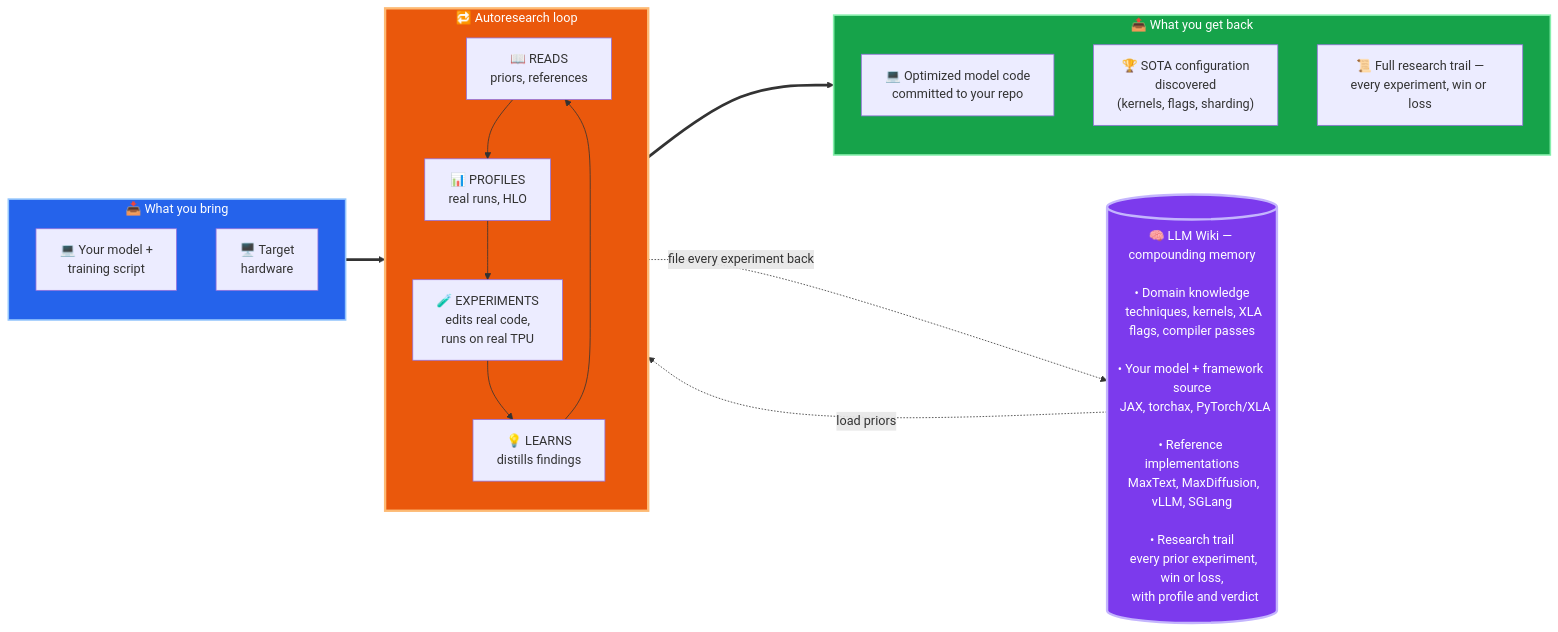
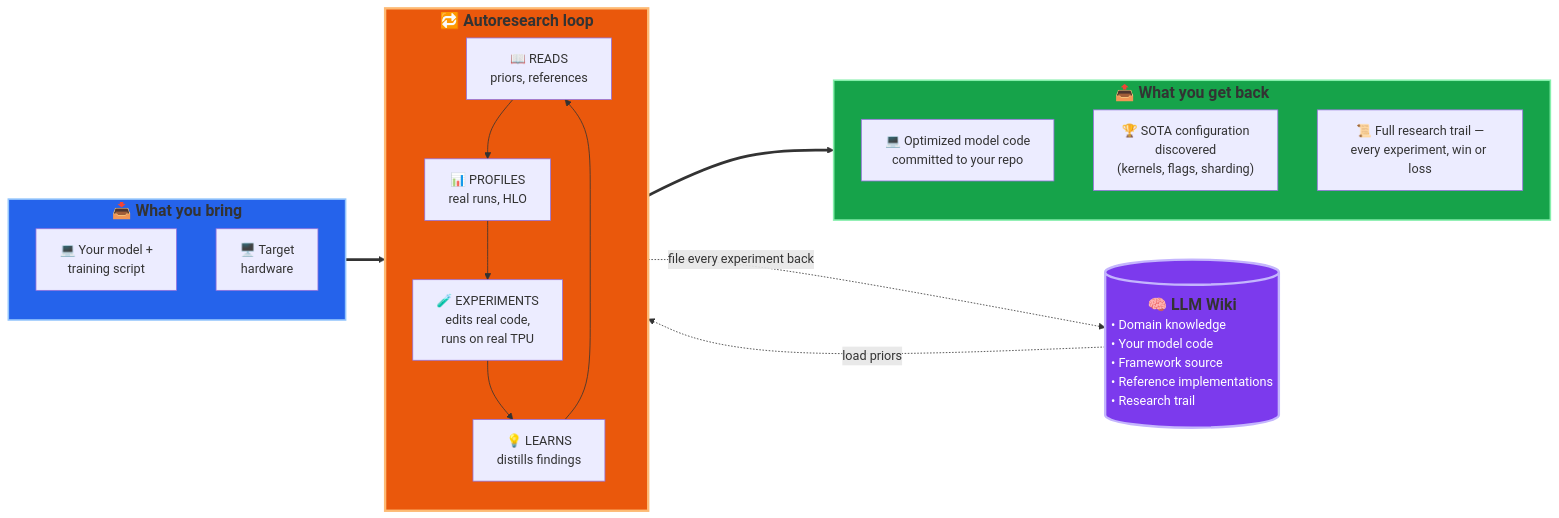
One commit to PrimaLabs-AI/llm-serving-autoresearch-wiki changed the diagram in README.md. Above: the diagram before and after it, drawn with Mermaid. The commit also changed 1 other file, not shown here.

Commit message:
finalized readme for now

````diff
--- a/README.md
+++ b/README.md
@@ -68,39 +68,39 @@
 ```mermaid
 flowchart LR
-    subgraph IN["📥 What you bring"]
+    subgraph IN["<span style='font-size:1.25em'><b>📥 What you bring</b></span>"]
         direction TB
         IN1["💻 Your model +<br/>training script"]
         IN2["🖥️ Target<br/>hardware"]
     end
 
-    subgraph ENGINE["🔁 Autoresearch loop"]
+    subgraph ENGINE["<span style='font-size:1.25em'><b>🔁 Autoresearch loop</b></span>"]
         direction TB
         E1["📖 READS<br/>priors, references"]
         E2["📊 PROFILES<br/>real runs, HLO"]
         E3["🧪 EXPERIMENTS<br/>edits real code,<br/>runs on real TPU"]
         E4["💡 LEARNS<br/>distills findings"]
         E1 --> E2
         E2 --> E3
         E3 --> E4
         E4 --> E1
     end
 
-    subgraph OUT["📤 What you get back"]
+    subgraph OUT["<span style='font-size:1.25em'><b>📤 What you get back</b></span>"]
         direction TB
         OUT1["💻 Optimized model code<br/>committed to your repo"]
         OUT2["🏆 SOTA configuration<br/>discovered<br/>(kernels, flags, sharding)"]
         OUT3["📜 Full research trail —<br/>every experiment, win or loss"]
     end
 
-    WIKI[("🧠 LLM Wiki — compounding memory<br/><br/>• Domain knowledge<br/>&nbsp;&nbsp;techniques, kernels, XLA flags, compiler passes<br/><br/>• Your model + framework source<br/>&nbsp;&nbsp;JAX, torchax, PyTorch/XLA<br/><br/>• Reference implementations<br/>&nbsp;&nbsp;MaxText, MaxDiffusion, vLLM, SGLang<br/><br/>• Research trail<br/>&nbsp;&nbsp;every prior experiment, win or loss,<br/>&nbsp;&nbsp;with profile and verdict")]
+    WIKI[("<div style='text-align:center'><span style='font-size:1.25em'><b>🧠 LLM Wiki</b></span></div><div style='text-align:left;white-space:nowrap'>• Domain knowledge<br/>• Your model code<br/>• Framework source<br/>• Reference implementations<br/>• Research trail</div>")]
 
     IN ==> ENGINE ==> OUT
 
     WIKI -. "load priors" .-> ENGINE
     ENGINE -. "file every experiment back" .-> WIKI
 
     style IN fill:#2563eb,stroke:#93c5fd,stroke-width:2px,color:#fff
     style ENGINE fill:#ea580c,stroke:#fdba74,stroke-width:3px,color:#fff
     style OUT fill:#16a34a,stroke:#86efac,stroke-width:2px,color:#fff
     style WIKI fill:#7c3aed,stroke:#c4b5fd,stroke-width:3px,color:#fff
 ```
````
